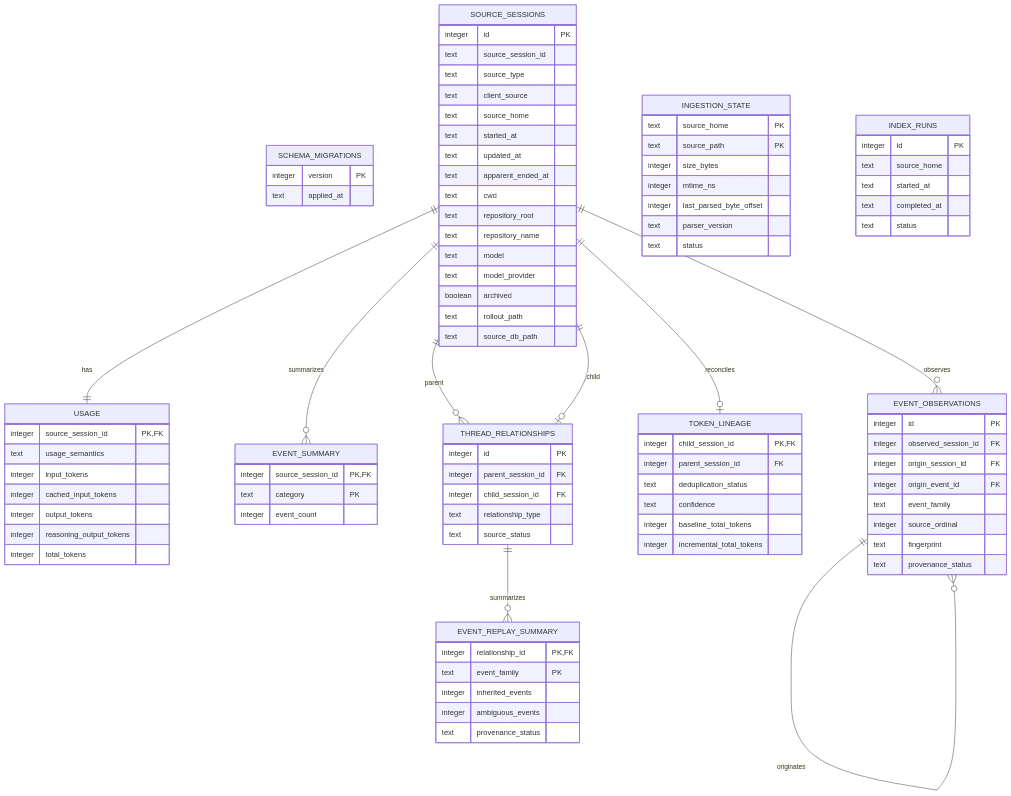
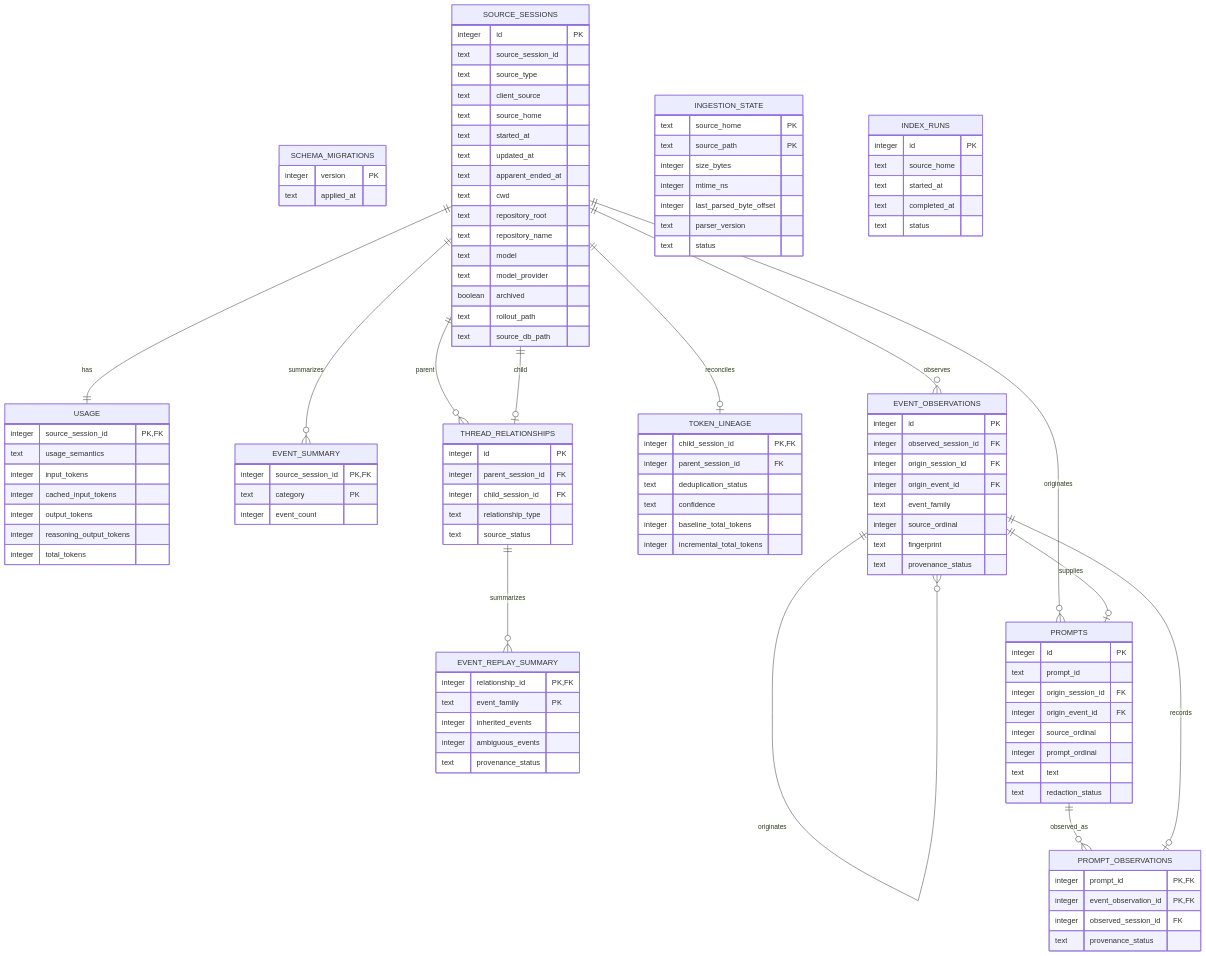
Before and after one commit to angzeli/codex-insights: the diagram in docs/database-schema.md, drawn with Mermaid. The commit also changed other lines of this file and 10 other files, not shown here.

````diff
--- a/docs/database-schema.md
+++ b/docs/database-schema.md
@@ -101,6 +101,22 @@
         integer ambiguous_events
         text provenance_status
     }
+    PROMPTS {
+        integer id PK
+        text prompt_id
+        integer origin_session_id FK
+        integer origin_event_id FK
+        integer source_ordinal
+        integer prompt_ordinal
+        text text
+        text redaction_status
+    }
+    PROMPT_OBSERVATIONS {
+        integer prompt_id PK,FK
+        integer event_observation_id PK,FK
+        integer observed_session_id FK
+        text provenance_status
+    }
 
     SOURCE_SESSIONS ||--|| USAGE : has
     SOURCE_SESSIONS ||--o{ EVENT_SUMMARY : summarizes
@@ -110,4 +126,8 @@
     SOURCE_SESSIONS ||--o{ EVENT_OBSERVATIONS : observes
     EVENT_OBSERVATIONS ||--o{ EVENT_OBSERVATIONS : originates
     THREAD_RELATIONSHIPS ||--o{ EVENT_REPLAY_SUMMARY : summarizes
+    SOURCE_SESSIONS ||--o{ PROMPTS : originates
+    EVENT_OBSERVATIONS ||--o| PROMPTS : supplies
+    PROMPTS ||--o{ PROMPT_OBSERVATIONS : observed_as
+    EVENT_OBSERVATIONS ||--o| PROMPT_OBSERVATIONS : records
 ```
````
